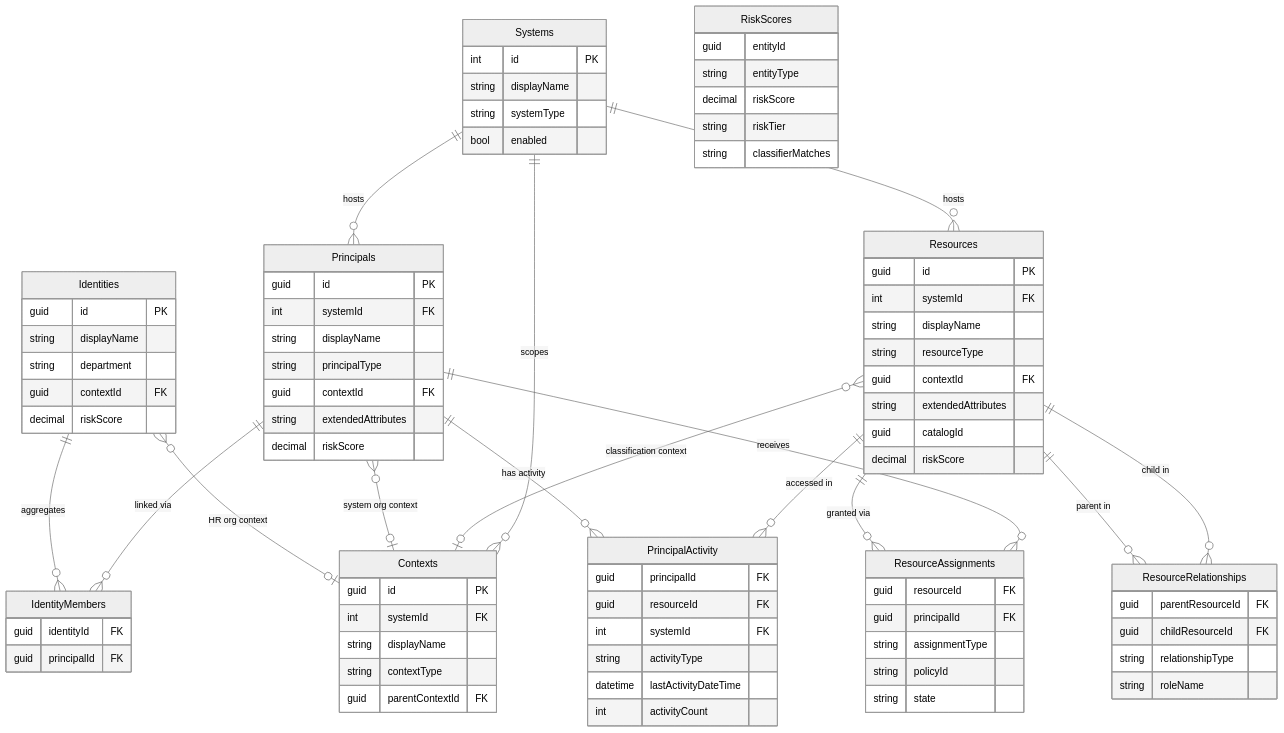
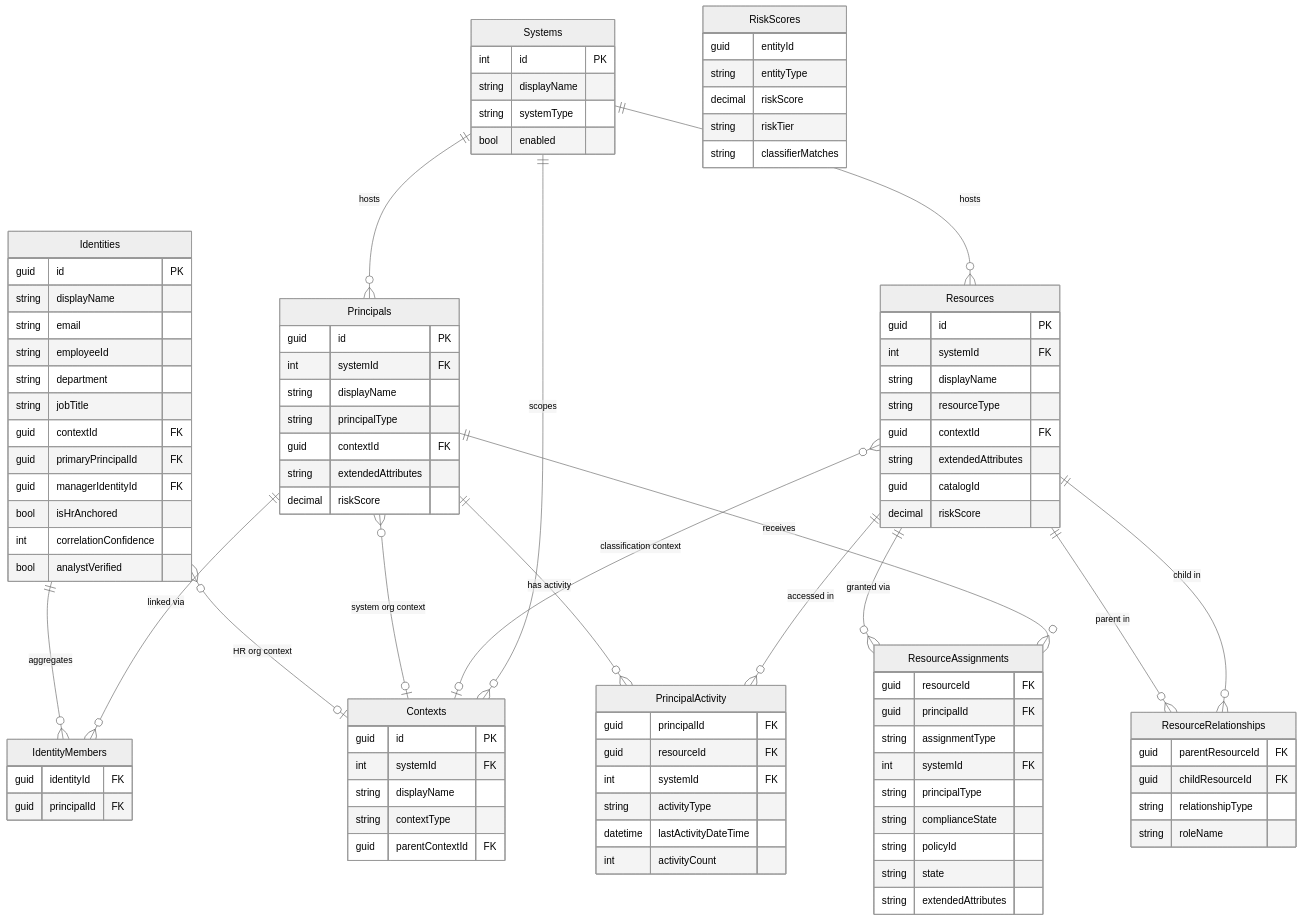
One commit to Fortigi/FortigiGraph changed the diagram in docs/concepts/data-model.md. Above: the diagram before and after it, drawn with Mermaid (neutral theme). The commit also changed other lines of this file and 56 other files, not shown here.

```diff
--- a/docs/concepts/data-model.md
+++ b/docs/concepts/data-model.md
@@ -57,9 +57,16 @@
     Identities {
         guid id PK
         string displayName
+        string email
+        string employeeId
         string department
+        string jobTitle
         guid contextId FK
-        decimal riskScore
+        guid primaryPrincipalId FK
+        guid managerIdentityId FK
+        bool isHrAnchored
+        int correlationConfidence
+        bool analystVerified
     }
     IdentityMembers {
         guid identityId FK
@@ -101,8 +108,12 @@
         guid resourceId FK
         guid principalId FK
         string assignmentType
+        int systemId FK
+        string principalType
+        string complianceState
         string policyId
         string state
+        string extendedAttributes
     }
     ResourceRelationships {
         guid parentResourceId FK
```
